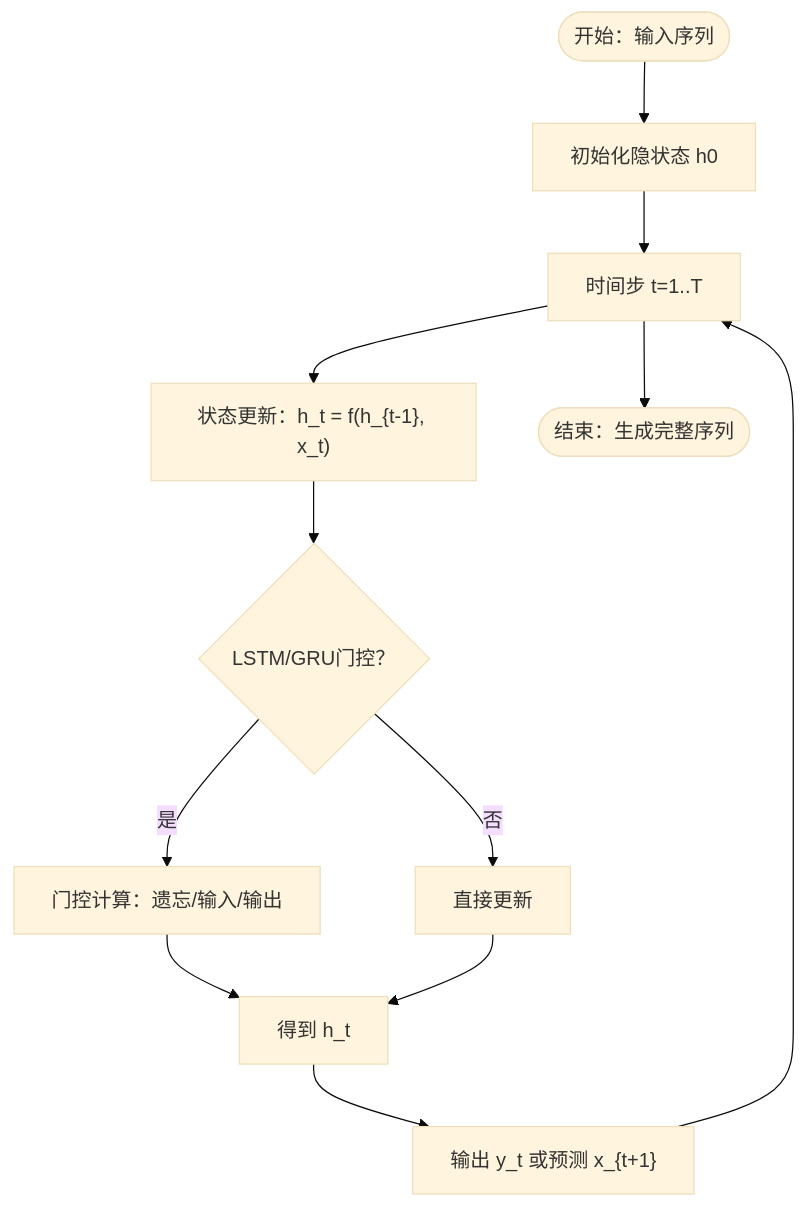
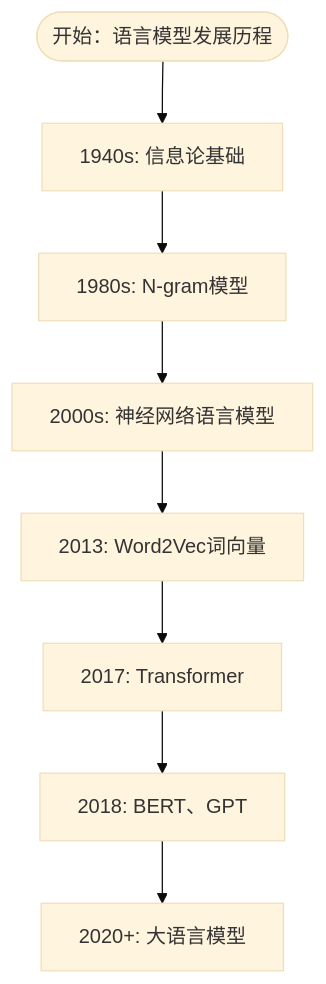
One commit to Running0-0/java-ai-path changed the third of 7 diagrams in .qoder/repowiki/zh/content/大语言模型系统/大语言模型系统.md. Above: the diagram before and after it, drawn with Mermaid (base theme). The commit also changed other lines of this file and 57 other files, not shown here.

````diff
--- a/.qoder/repowiki/zh/content/大语言模型系统/大语言模型系统.md
+++ b/.qoder/repowiki/zh/content/大语言模型系统/大语言模型系统.md
@@ -150,14 +214,10 @@
 ```mermaid
 flowchart TD
-Start(["开始：输入序列"]) --> Init["初始化隐状态 h0"]
-Init --> Step["时间步 t=1..T"]
-Step --> Update["状态更新：h_t = f(h_{t-1}, x_t)"]
-Update --> Gate{"LSTM/GRU门控？"}
-Gate --> |是| Gates["门控计算：遗忘/输入/输出"]
-Gate --> |否| Direct["直接更新"]
-Gates --> Next["得到 h_t"]
-Direct --> Next
-Next --> Output["输出 y_t 或预测 x_{t+1}"]
-Output --> Step
-Step --> End(["结束：生成完整序列"])
+Start(["开始：语言模型发展历程"]) --> Stat1940s["1940s: 信息论基础"]
+Stat1940s --> Stat1980s["1980s: N-gram模型"]
+Stat1980s --> Stat2000s["2000s: 神经网络语言模型"]
+Stat2000s --> Stat2013["2013: Word2Vec词向量"]
+Stat2013 --> Stat2017["2017: Transformer"]
+Stat2017 --> Stat2018["2018: BERT、GPT"]
+Stat2018 --> Stat2020["2020+: 大语言模型"]
 ```
````
